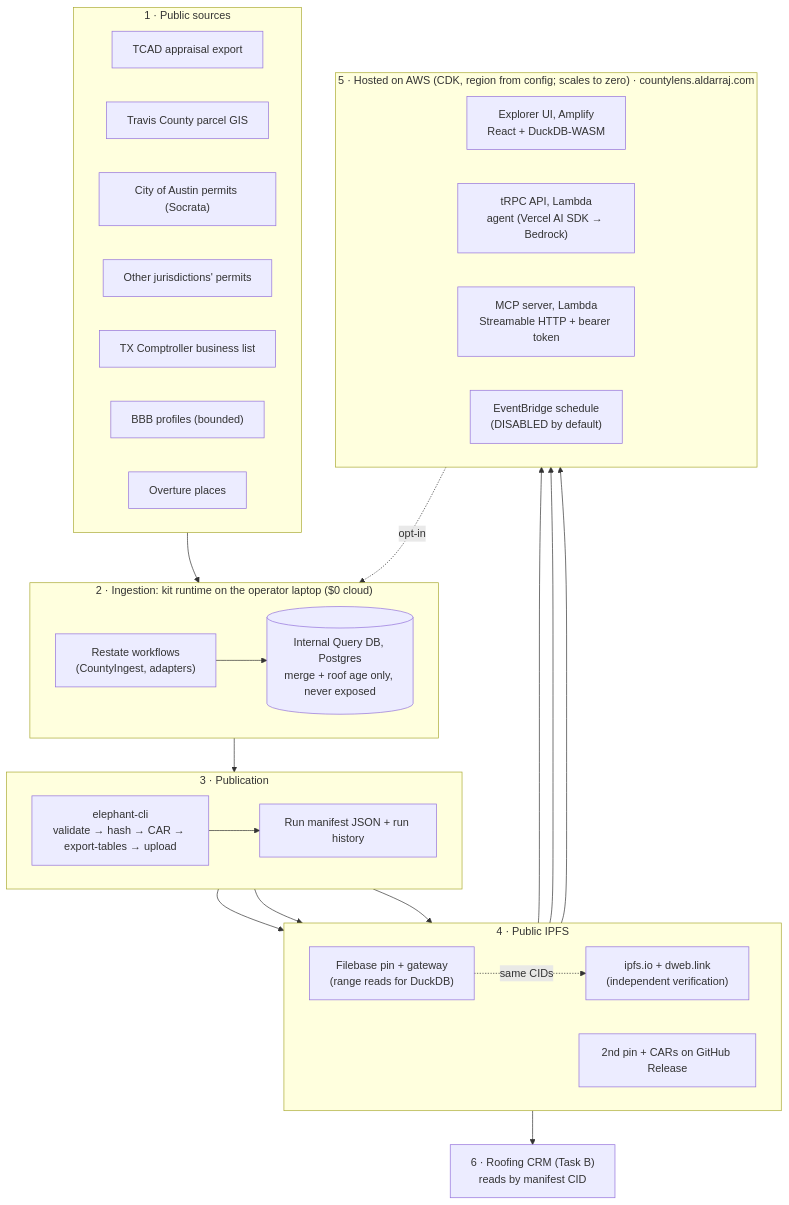
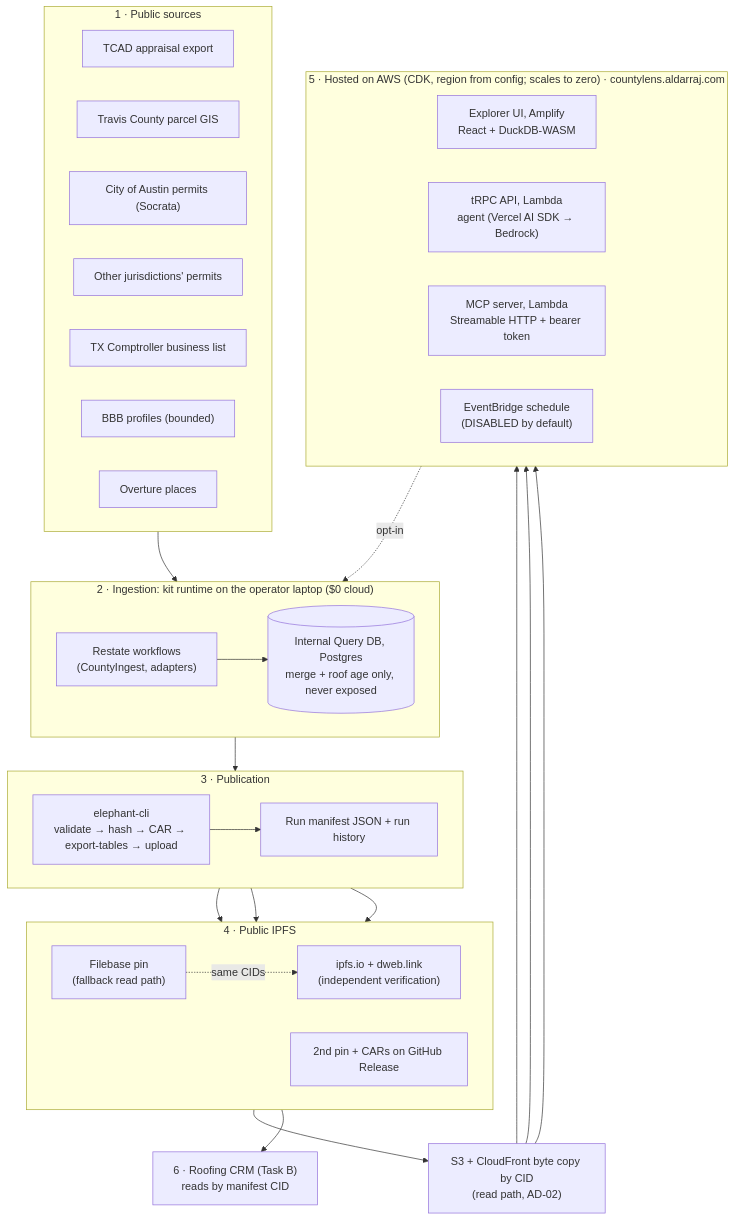
The first of 4 diagrams in docs/plan.md (HebaGaber/oracle-property-intelligence-platform-pipeline-travis-tx), drawn with Mermaid before and after one commit. The commit also changed other lines of this file and 9 other files, not shown here.

First line of the commit message:
docs: G2 and G3 approved; architecture constitution ARD-A v0.2; constitution 3.0.3

````diff
--- a/docs/plan.md
+++ b/docs/plan.md
@@ -61,44 +61,44 @@
 ```mermaid
 flowchart TB
   subgraph SRC["1 · Public sources"]
     direction LR
     TCAD["TCAD appraisal export"]
     GIS["Travis County parcel GIS"]
     ATX["City of Austin permits (Socrata)"]
     OTH["Other jurisdictions' permits"]
     BIZ["TX Comptroller business list"]
     BBB["BBB profiles (bounded)"]
     OVT["Overture places"]
   end
   subgraph LOCAL["2 · Ingestion: kit runtime on the operator laptop ($0 cloud)"]
     direction LR
     RS["Restate workflows<br/>(CountyIngest, adapters)"]
     QDB[("Internal Query DB, Postgres<br/>merge + roof age only, never exposed")]
   end
   subgraph PUB["3 · Publication"]
     direction LR
     CLI["elephant-cli<br/>validate → hash → CAR → export-tables → upload"]
     MAN["Run manifest JSON + run history"]
   end
   subgraph IPFS["4 · Public IPFS"]
     direction LR
-    FB["Filebase pin + gateway<br/>(range reads for DuckDB)"]
+    FB["Filebase pin<br/>(fallback read path)"]
     P2["2nd pin + CARs on GitHub Release"]
     GW["ipfs.io + dweb.link<br/>(independent verification)"]
   end
   subgraph AWS["5 · Hosted on AWS (CDK, region from config; scales to zero) · countylens.aldarraj.com"]
     direction LR
     WEB["Explorer UI, Amplify<br/>React + DuckDB-WASM"]
     API["tRPC API, Lambda<br/>agent (Vercel AI SDK → Bedrock)"]
     MCP["MCP server, Lambda<br/>Streamable HTTP + bearer token"]
     SCH["EventBridge schedule<br/>(DISABLED by default)"]
   end
   CRM["6 · Roofing CRM (Task B)<br/>reads by manifest CID"]
   SRC --> RS --> QDB --> CLI
   CLI --> FB & P2
   CLI --> MAN --> FB
-  FB --> WEB & API & MCP
+  FB --> CP["S3 + CloudFront byte copy by CID<br/>(read path, AD-02)"] --> WEB & API & MCP
   FB -. same CIDs .-> GW
   FB --> CRM
   SCH -. opt-in .-> RS
 ```
````
